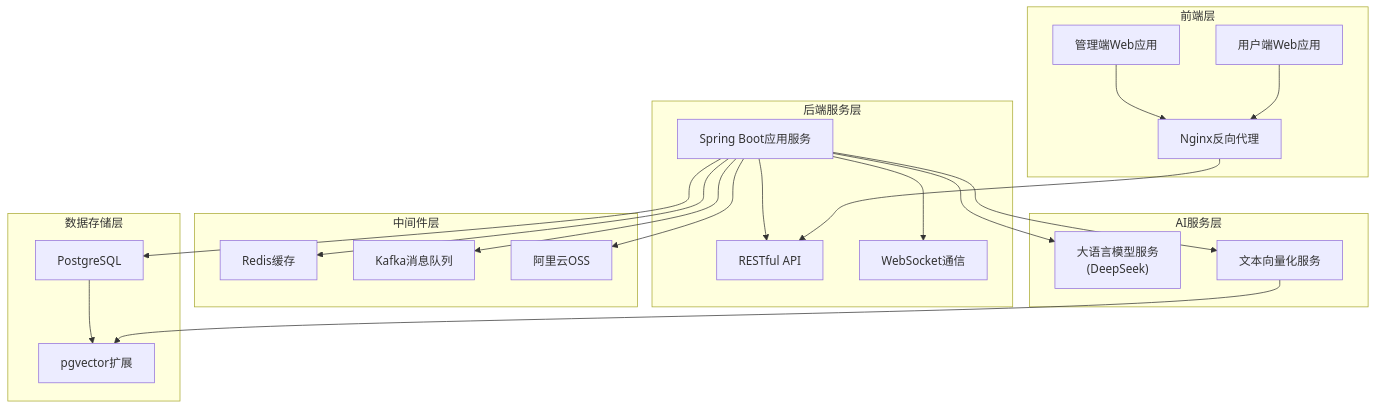
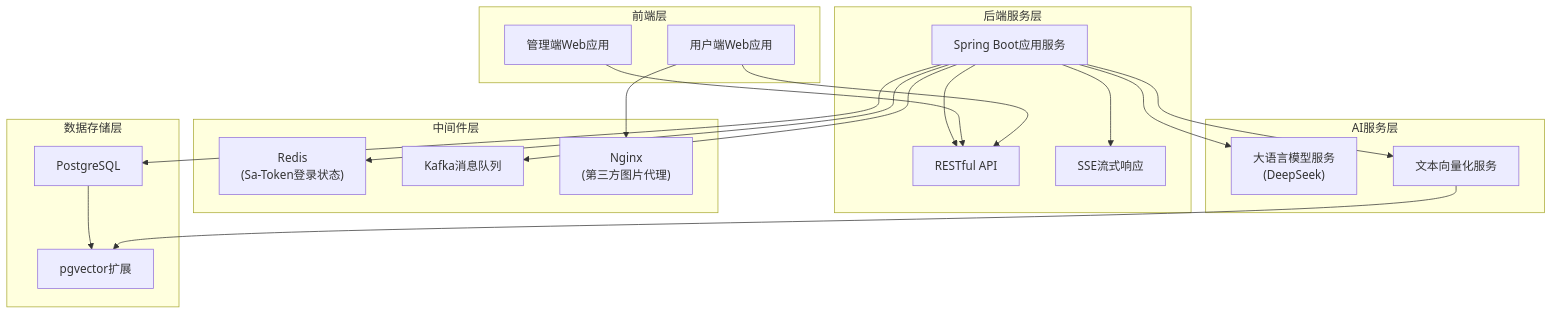
The first of 2 diagrams in README.md (Coooolfan/EasyHome), drawn with Mermaid before and after one commit. The commit also changed other lines of this file, not shown here.

````diff
--- a/README.md
+++ b/README.md
@@ -71,48 +71,46 @@
 ```mermaid
 graph TD
     subgraph "前端层"
         A1["用户端Web应用"] 
         A2["管理端Web应用"]
-        A3["Nginx反向代理"]
     end
     
     subgraph "后端服务层"
         B1["Spring Boot应用服务"]
         B2["RESTful API"]
-        B3["WebSocket通信"]
+        B3["SSE流式响应"]
     end
     
     subgraph "AI服务层"
         C1["大语言模型服务<br/>(DeepSeek)"]
         C2["文本向量化服务"]
     end
     
     subgraph "中间件层"
-        D1["Redis缓存"]
+        D1["Redis<br/>(Sa-Token登录状态)"]
         D2["Kafka消息队列"]
-        D3["阿里云OSS"]
+        D3["Nginx<br/>(第三方图片代理)"]
     end
     
     subgraph "数据存储层"
         E1["PostgreSQL"]
         E2["pgvector扩展"]
     end
     
     %% 连接关系
-    A1 --> A3
-    A2 --> A3
-    A3 --> B2
+    A1 --> B2
+    A2 --> B2
+    A1 --> D3
     
     B1 --> B2
     B1 --> B3
     B1 --> D1
     B1 --> D2
-    B1 --> D3
     B1 --> C1
     B1 --> C2
     
     C2 --> E2
     
     B1 --> E1
     E1 --> E2
 ```
````
